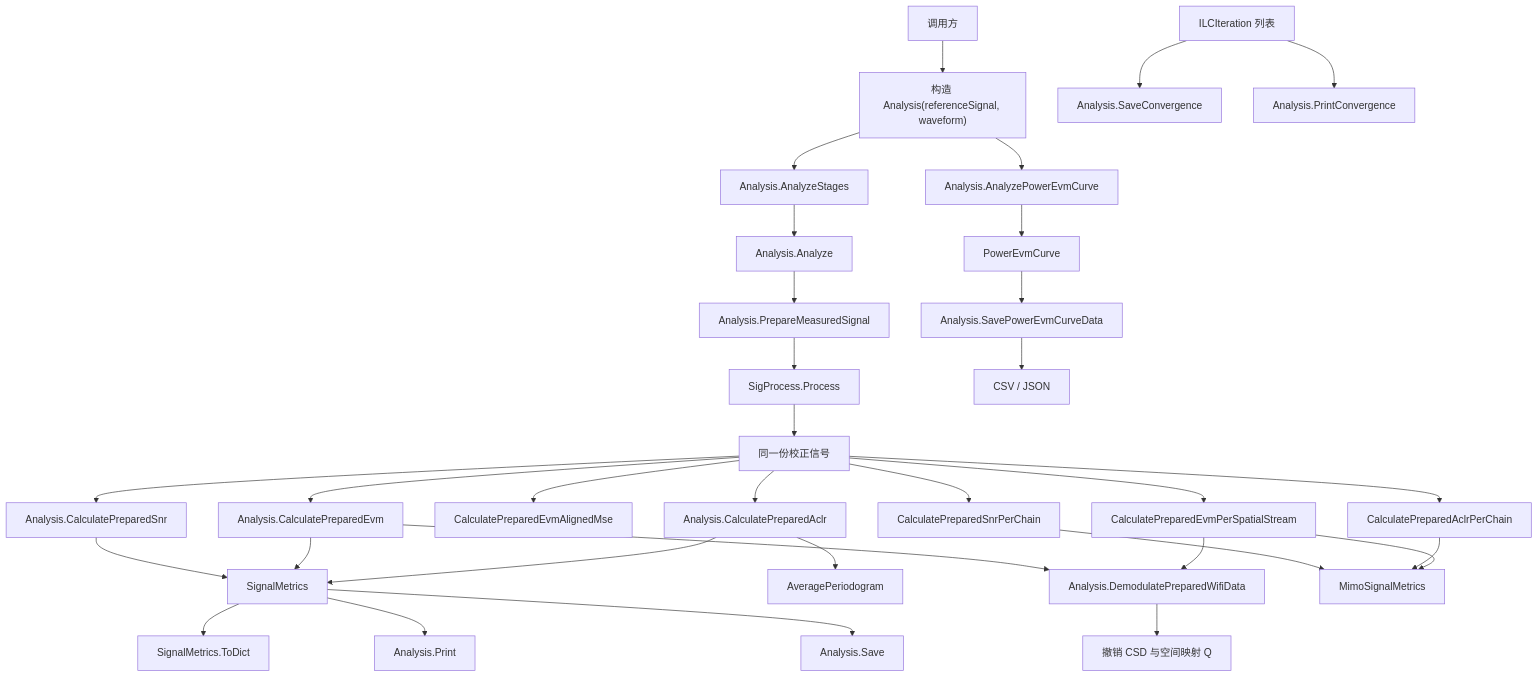
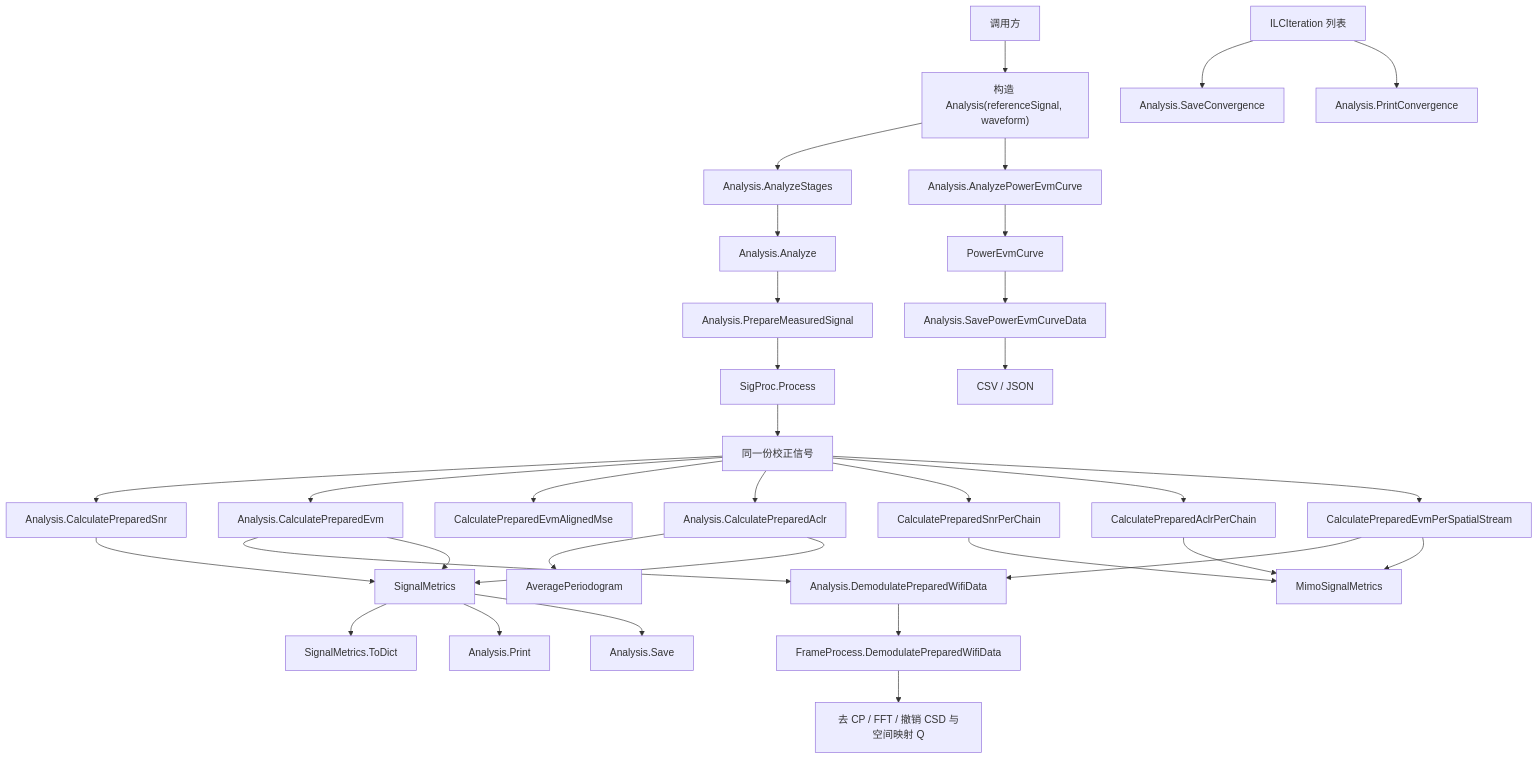
One commit to niyilu45/DPD_ILC changed the ninth of 11 diagrams in README.md. Above: the diagram before and after it, drawn with Mermaid. The commit also changed other lines of this file and 19 other files, not shown here.

````diff
--- a/README.md
+++ b/README.md
@@ -314,37 +368,38 @@
 ```mermaid
 flowchart TD
     caller["调用方"] --> context["构造 Analysis(referenceSignal, waveform)"]
     context --> stages["Analysis.AnalyzeStages"]
     stages --> analyze["Analysis.Analyze"]
     analyze --> prepare["Analysis.PrepareMeasuredSignal"]
-    prepare --> sigProcess["SigProcess.Process"]
-    sigProcess --> prepared["同一份校正信号"]
+    prepare --> sigProc["SigProc.Process"]
+    sigProc --> prepared["同一份校正信号"]
     prepared --> snr["Analysis.CalculatePreparedSnr"]
     prepared --> evm["Analysis.CalculatePreparedEvm"]
     prepared --> evmMse["CalculatePreparedEvmAlignedMse"]
     prepared --> aclr["Analysis.CalculatePreparedAclr"]
     prepared --> chainSnr["CalculatePreparedSnrPerChain"]
     prepared --> chainAclr["CalculatePreparedAclrPerChain"]
     prepared --> streamEvm["CalculatePreparedEvmPerSpatialStream"]
 
     evm --> demod["Analysis.DemodulatePreparedWifiData"]
     streamEvm --> demod
-    demod --> undo["撤销 CSD 与空间映射 Q"]
+    demod --> frameProcess["FrameProcess.DemodulatePreparedWifiData"]
+    frameProcess --> undo["去 CP / FFT / 撤销 CSD 与空间映射 Q"]
     aclr --> psd["AveragePeriodogram"]
 
     snr --> metrics["SignalMetrics"]
     evm --> metrics
     aclr --> metrics
     chainSnr --> mimoMetrics["MimoSignalMetrics"]
     chainAclr --> mimoMetrics
     streamEvm --> mimoMetrics
     metrics --> toDict["SignalMetrics.ToDict"]
     metrics --> print["Analysis.Print"]
     metrics --> save["Analysis.Save"]
     convergence["ILCIteration 列表"] --> saveConvergence["Analysis.SaveConvergence"]
     convergence --> printConvergence["Analysis.PrintConvergence"]
     context --> powerSweep["Analysis.AnalyzePowerEvmCurve"]
     powerSweep --> curve["PowerEvmCurve"]
     curve --> curveSave["Analysis.SavePowerEvmCurveData"]
     curveSave --> curveFiles["CSV / JSON"]
 ```
````
